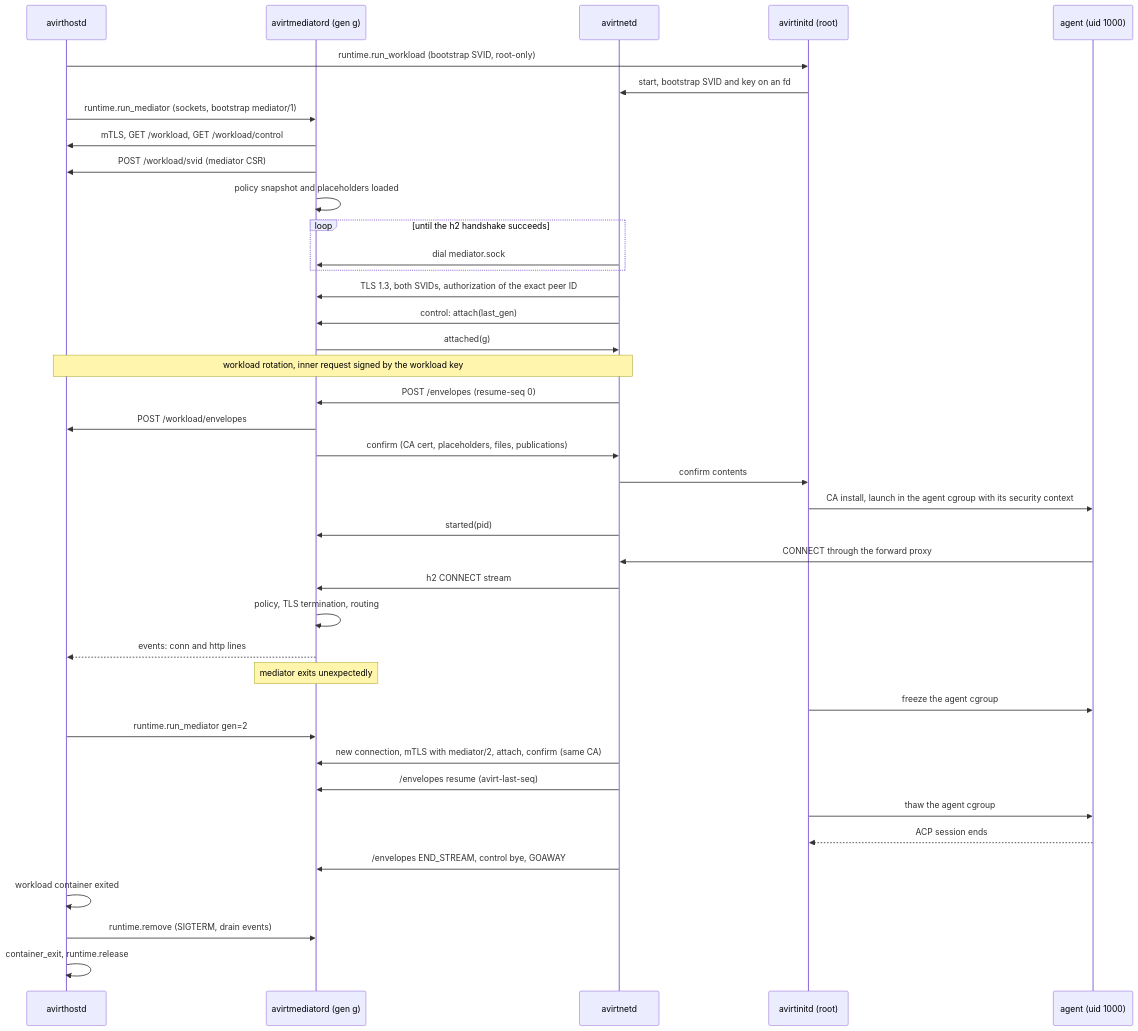
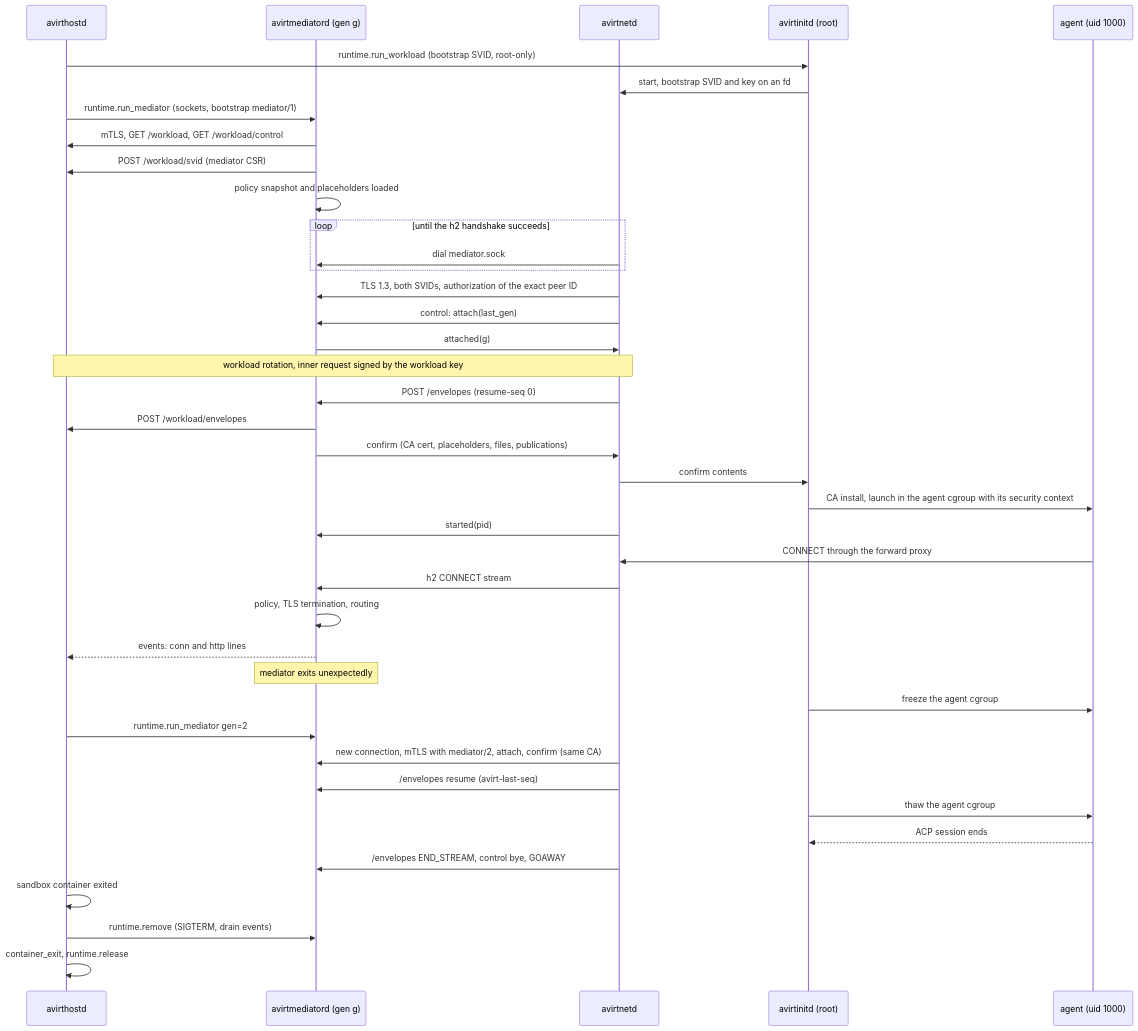
Before and after one commit to tbhb-dev/avirt: the diagram in docs/workload-topology.md, drawn with Mermaid. The commit also changed other lines of this file and 54 other files, not shown here.

````diff
--- a/docs/workload-topology.md
+++ b/docs/workload-topology.md
@@ -189,42 +189,42 @@
 ```mermaid
 sequenceDiagram
     participant C as avirthostd
     participant M as avirtmediatord (gen g)
     participant N as avirtnetd
     participant I as avirtinitd (root)
     participant A as agent (uid 1000)
     C->>I: runtime.run_workload (bootstrap SVID, root-only)
     I->>N: start, bootstrap SVID and key on an fd
     C->>M: runtime.run_mediator (sockets, bootstrap mediator/1)
     M->>C: mTLS, GET /workload, GET /workload/control
     M->>C: POST /workload/svid (mediator CSR)
     M->>M: policy snapshot and placeholders loaded
     loop until the h2 handshake succeeds
         N->>M: dial mediator.sock
     end
     N->>M: TLS 1.3, both SVIDs, authorization of the exact peer ID
     N->>M: control: attach(last_gen)
     M->>N: attached(g)
     Note over C,N: workload rotation, inner request signed by the workload key
     N->>M: POST /envelopes (resume-seq 0)
     M->>C: POST /workload/envelopes
     M->>N: confirm (CA cert, placeholders, files, publications)
     N->>I: confirm contents
     I->>A: CA install, launch in the agent cgroup with its security context
     N->>M: started(pid)
     A->>N: CONNECT through the forward proxy
     N->>M: h2 CONNECT stream
     M->>M: policy, TLS termination, routing
     M-->>C: events: conn and http lines
     Note over M: mediator exits unexpectedly
     I->>A: freeze the agent cgroup
     C->>M: runtime.run_mediator gen=2
     N->>M: new connection, mTLS with mediator/2, attach, confirm (same CA)
     N->>M: /envelopes resume (avirt-last-seq)
     I->>A: thaw the agent cgroup
     A-->>I: ACP session ends
     N->>M: /envelopes END_STREAM, control bye, GOAWAY
-    C->>C: workload container exited
+    C->>C: sandbox container exited
     C->>M: runtime.remove (SIGTERM, drain events)
     C->>C: container_exit, runtime.release
 ```
````
